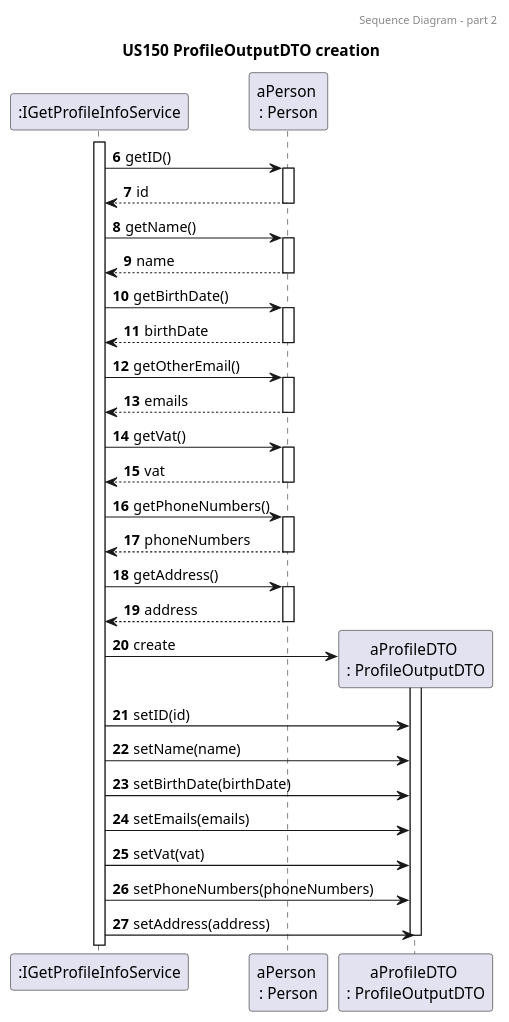
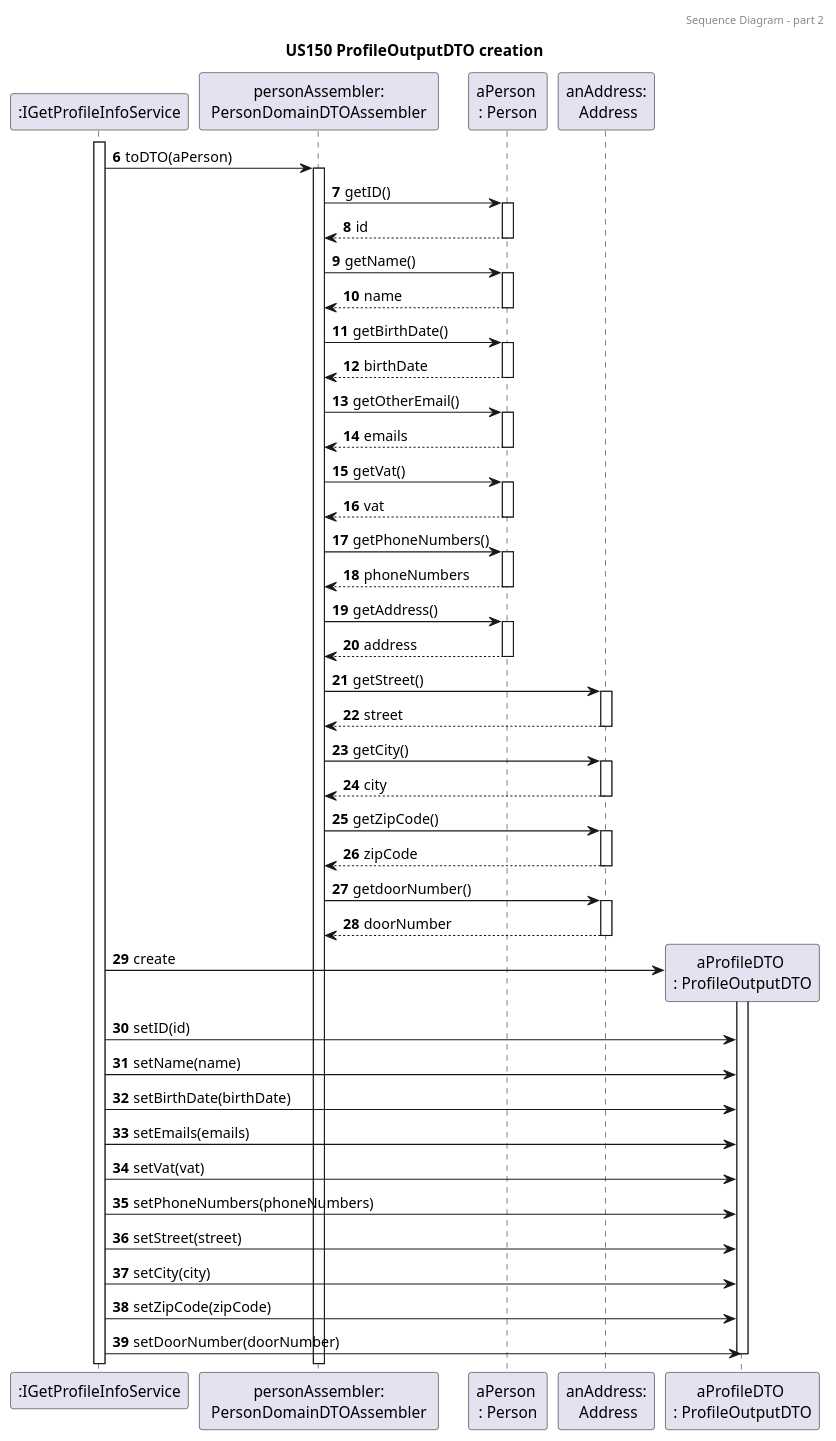
One commit to tomas-osswald/switch_2020_g3 changed the sixth of 6 diagrams in docs/sprint5/user_stories/US150_GetFamilyMemberProfile.md. Above: the diagram before and after it, drawn with PlantUML. The commit also changed other lines of this file, not shown here.

Commit message:
added assembler to ProfileOutputDTO creation sd us150

`````diff
--- a/docs/sprint5/user_stories/US150_GetFamilyMemberProfile.md
+++ b/docs/sprint5/user_stories/US150_GetFamilyMemberProfile.md
@@ -383,55 +382,79 @@
 ````puml
 @startuml
 
 autonumber 6
 header Sequence Diagram - part 2
 title US150 ProfileOutputDTO creation
 
 participant ":IGetProfileInfoService" as service
+participant "personAssembler:\n PersonDomainDTOAssembler " as assembler
 participant "aPerson \n: Person" as person
+participant "anAddress:\n Address" as address
 participant "aProfileDTO \n: ProfileOutputDTO" as profiledto
 
 activate service
-service -> person : getID()
+service -> assembler : toDTO(aPerson)
+activate assembler
+
+assembler -> person : getID()
 activate person
 return id
 
-service -> person : getName()
+assembler -> person : getName()
 activate person
 return name
 
-service -> person : getBirthDate()
+assembler -> person : getBirthDate()
 activate person
 return birthDate
 
-service -> person : getOtherEmail()
+assembler -> person : getOtherEmail()
 activate person
 return emails
 
-service -> person : getVat()
+assembler -> person : getVat()
 activate person
 return vat
 
-service -> person : getPhoneNumbers()
+assembler -> person : getPhoneNumbers()
 activate person
 return phoneNumbers
 
-service -> person : getAddress()
+assembler -> person : getAddress()
 activate person
 return address
+
+assembler -> address : getStreet()
+activate address
+return street
+
+assembler -> address : getCity()
+activate address
+return city
+
+assembler -> address : getZipCode()
+activate address
+return zipCode
+
+assembler -> address : getdoorNumber()
+activate address
+return doorNumber
 
 service -> profiledto** : create 
 
 activate profiledto
 service -> profiledto : setID(id)
 service -> profiledto : setName(name)
 service -> profiledto : setBirthDate(birthDate)
 service -> profiledto : setEmails(emails)
 service -> profiledto : setVat(vat)
 service -> profiledto : setPhoneNumbers(phoneNumbers)
-service -> profiledto : setAddress(address)
+service -> profiledto : setStreet(street)
+service -> profiledto : setCity(city)
+service -> profiledto : setZipCode(zipCode)
+service -> profiledto : setDoorNumber(doorNumber)
 
 deactivate profiledto
 
 @enduml
 ````
`````
